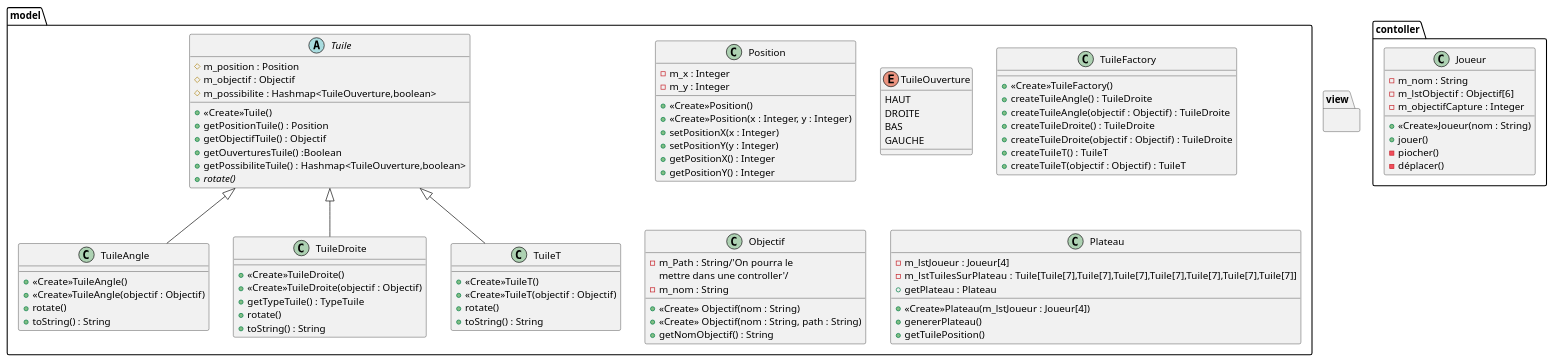
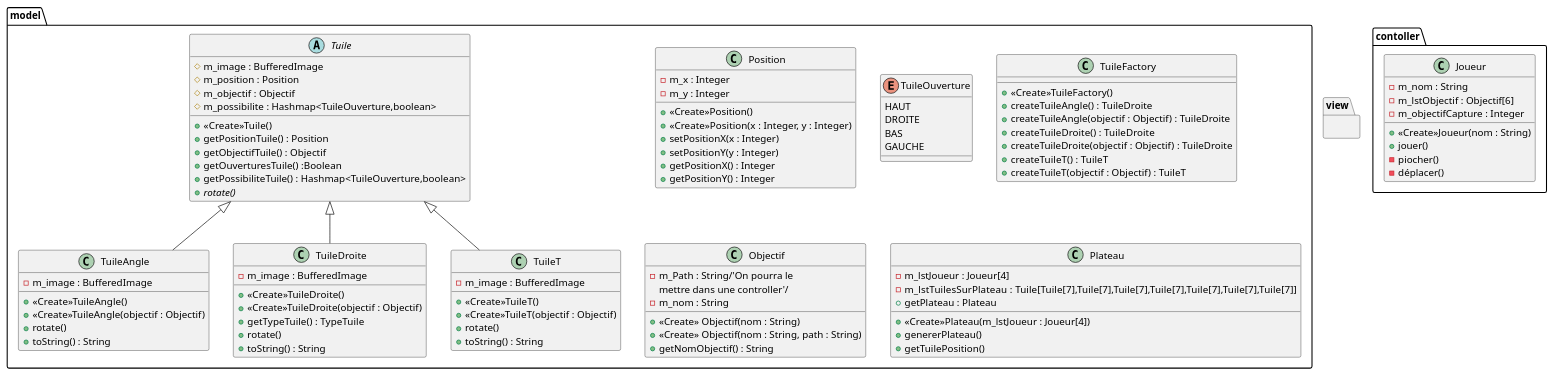
Before and after one commit to alexandreCouton/projet_Labyrinthe: the diagram in UML/Semaine1.puml, drawn with PlantUML. The commit also changed 6 other files, not shown here.

```diff
--- a/UML/Semaine1.puml
+++ b/UML/Semaine1.puml
@@ -1,121 +1,125 @@
 @startuml
 
 package view{
 
 }
 
 
 package model{
 
 
     class Position{
         -m_x : Integer
         -m_y : Integer
         +<<Create>>Position()
         +<<Create>>Position(x : Integer, y : Integer)
         +setPositionX(x : Integer)
         +setPositionY(y : Integer)
         +getPositionX() : Integer
         +getPositionY() : Integer
     }
 
     enum TuileOuverture{
         HAUT
         DROITE
         BAS
         GAUCHE
     }
 
     abstract Tuile{
+        #m_image : BufferedImage
         #m_position : Position
         #m_objectif : Objectif
         #m_possibilite : Hashmap<TuileOuverture,boolean>
         /'#m_haut : Boolean
         #m_droite : Boolean
         #m_bas : Boolean
         #m_gauche : Boolean'/
         +<<Create>>Tuile()
         +getPositionTuile() : Position
         +getObjectifTuile() : Objectif
         +getOuverturesTuile() :Boolean
         +getPossibiliteTuile() : Hashmap<TuileOuverture,boolean>
         +{abstract}rotate()
     }
 
     class TuileAngle extends Tuile{
+        -m_image : BufferedImage
         +<<Create>>TuileAngle()
         +<<Create>>TuileAngle(objectif : Objectif)
         +rotate()
         +toString() : String
     }
     class TuileDroite extends Tuile{
+        -m_image : BufferedImage
         +<<Create>>TuileDroite()
         +<<Create>>TuileDroite(objectif : Objectif)
         +getTypeTuile() : TypeTuile
         +rotate()
         +toString() : String
     }
     class TuileT extends Tuile{
+        -m_image : BufferedImage
         +<<Create>>TuileT()
         +<<Create>>TuileT(objectif : Objectif)
         +rotate()
         +toString() : String
     }
     class TuileFactory{
         +<<Create>>TuileFactory()
         +createTuileAngle() : TuileDroite
         +createTuileAngle(objectif : Objectif) : TuileDroite
         +createTuileDroite() : TuileDroite
         +createTuileDroite(objectif : Objectif) : TuileDroite
         +createTuileT() : TuileT
         +createTuileT(objectif : Objectif) : TuileT
     }
 
 
     class Objectif
     {
         -m_Path : String/'On pourra le
         mettre dans une controller'/
         -m_nom : String
         +<<Create>> Objectif(nom : String)
         +<<Create>> Objectif(nom : String, path : String)
         +getNomObjectif() : String
 
     }
 
     class Plateau{
         -m_lstJoueur : Joueur[4]
         -m_lstTuilesSurPlateau : Tuile[Tuile[7],Tuile[7],Tuile[7],Tuile[7],Tuile[7],Tuile[7],Tuile[7]]
         +<<Create>>Plateau(m_lstJoueur : Joueur[4])
         /'Prends 4 joueurs pour les placer etc...'/
         +genererPlateau()
         +getPlateau : Plateau
         +getTuilePosition()
     }
 
 
 
 }
 
 package contoller{
 
     class Joueur{
         -m_nom : String
         -m_lstObjectif : Objectif[6]
         -m_objectifCapture : Integer
         +<<Create>>Joueur(nom : String)
         +jouer()
         -piocher()
         /'sera appelé dans la fonction jouer'/
         -déplacer()
         /'sera appelé dans la fonction jouer'/
     }
 
 }
 
 
 
 
 
 
 @enduml
```
